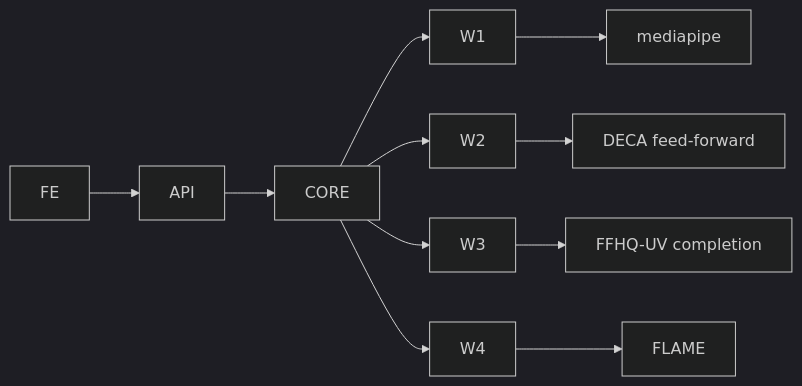
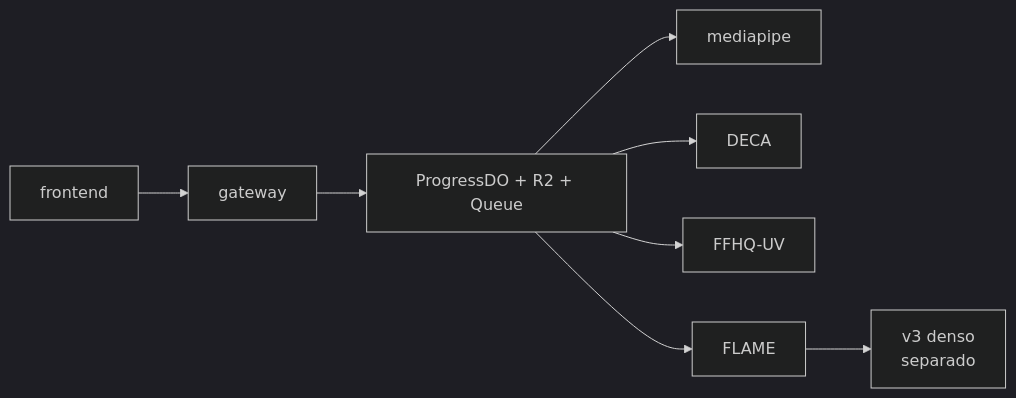
The second of 2 diagrams in ARCHITECTURE.md (dinoesau/vultus), drawn with Mermaid (dark theme) before and after one commit. The commit also changed other lines of this file and 6 other files, not shown here.

````diff
--- a/ARCHITECTURE.md
+++ b/ARCHITECTURE.md
@@ -151,10 +145,10 @@
 ```mermaid
 graph LR
-    FE --> API
-    API --> CORE
-    CORE --> W1 & W2 & W3 & W4
-    W1 --> M1[mediapipe]
-    W2 --> M2[DECA feed-forward]
-    W3 --> M3[FFHQ-UV completion]
-    W4 --> M4[FLAME]
+    FE[frontend] --> API[gateway]
+    API --> CORE[ProgressDO + R2 + Queue]
+    CORE --> W1[mediapipe]
+    CORE --> W2[DECA]
+    CORE --> W3[FFHQ-UV]
+    CORE --> W4[FLAME]
+    W4 --> V3[v3 denso<br/>separado]
 ```
````
